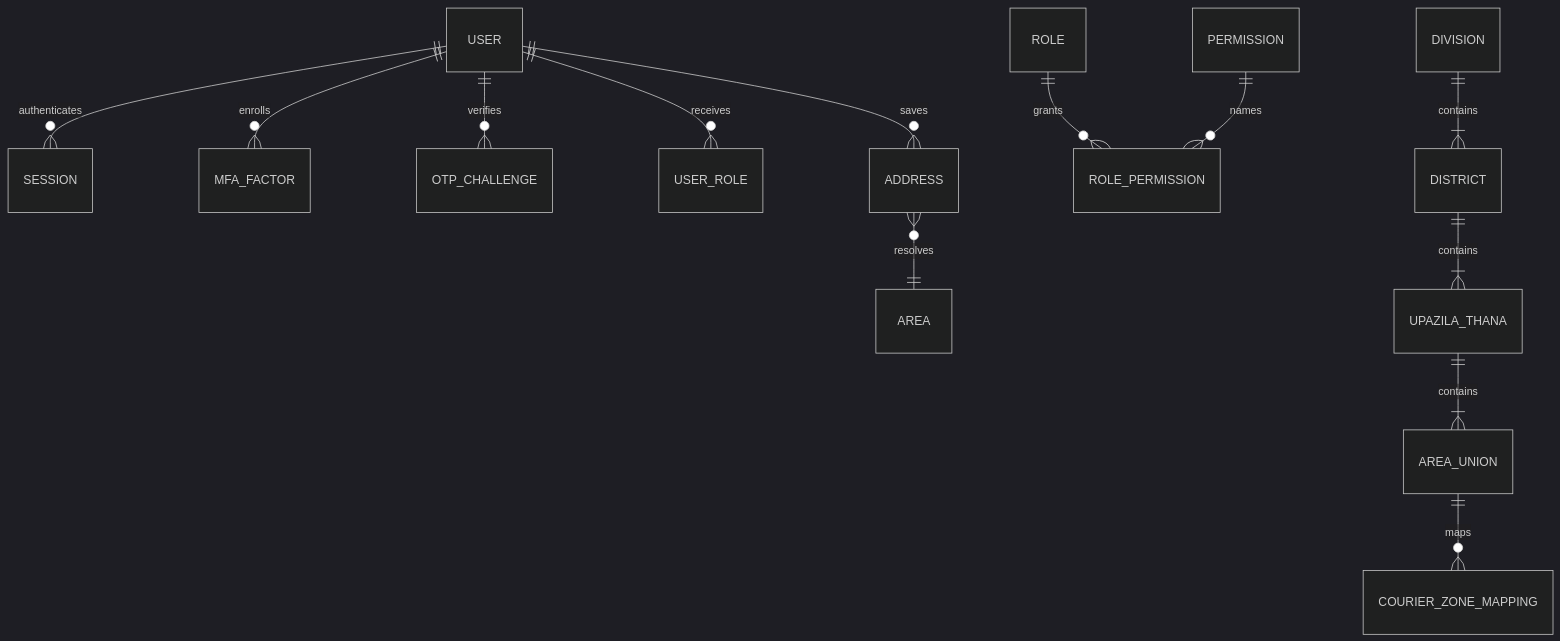
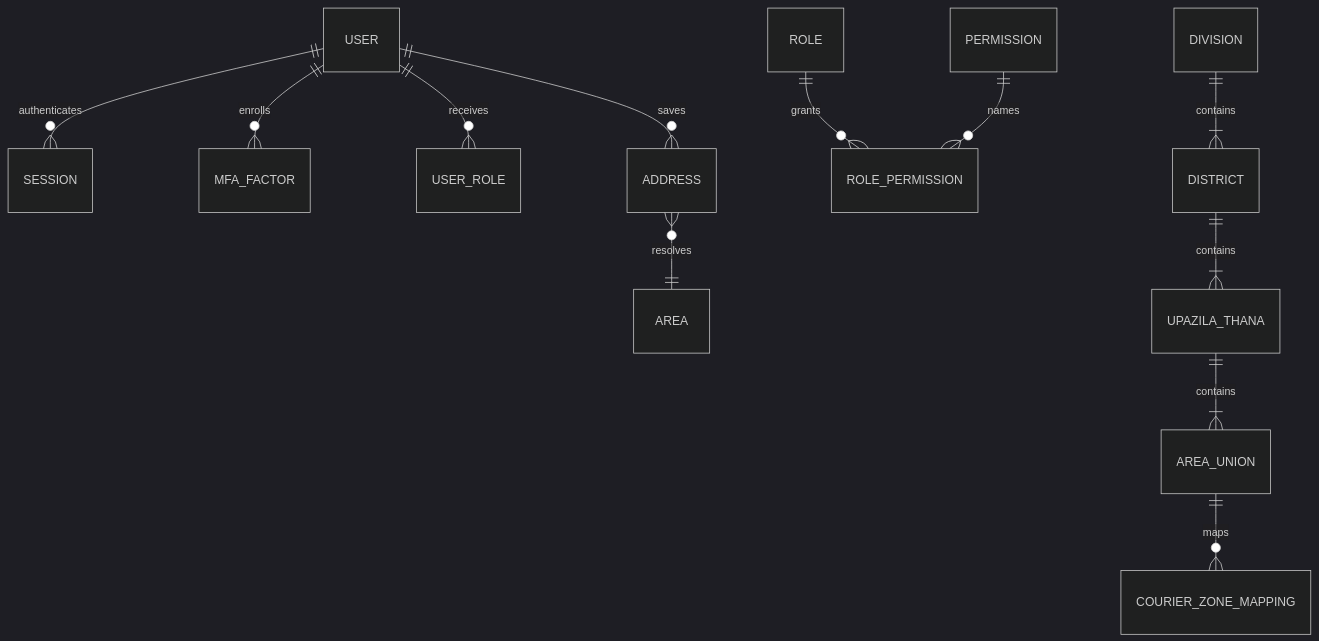
Before and after one commit to aarajops/aaraj: the first of 5 diagrams in docs/architecture/ecommerce-data-model.md, drawn with Mermaid (dark theme). The commit also changed other lines of this file and 34 other files, not shown here.

First line of the commit message:
feat: establish Aaraj commerce architecture and auth foundation

```diff
--- a/docs/architecture/ecommerce-data-model.md
+++ b/docs/architecture/ecommerce-data-model.md
@@ -93,15 +93,14 @@
 ~~~mermaid
 erDiagram
   USER ||--o{ SESSION : authenticates
   USER ||--o{ MFA_FACTOR : enrolls
-  USER ||--o{ OTP_CHALLENGE : verifies
   USER ||--o{ USER_ROLE : receives
   ROLE ||--o{ ROLE_PERMISSION : grants
   PERMISSION ||--o{ ROLE_PERMISSION : names
   USER ||--o{ ADDRESS : saves
   ADDRESS }o--|| AREA : resolves
   DIVISION ||--|{ DISTRICT : contains
   DISTRICT ||--|{ UPAZILA_THANA : contains
   UPAZILA_THANA ||--|{ AREA_UNION : contains
   AREA_UNION ||--o{ COURIER_ZONE_MAPPING : maps
 ~~~
```
